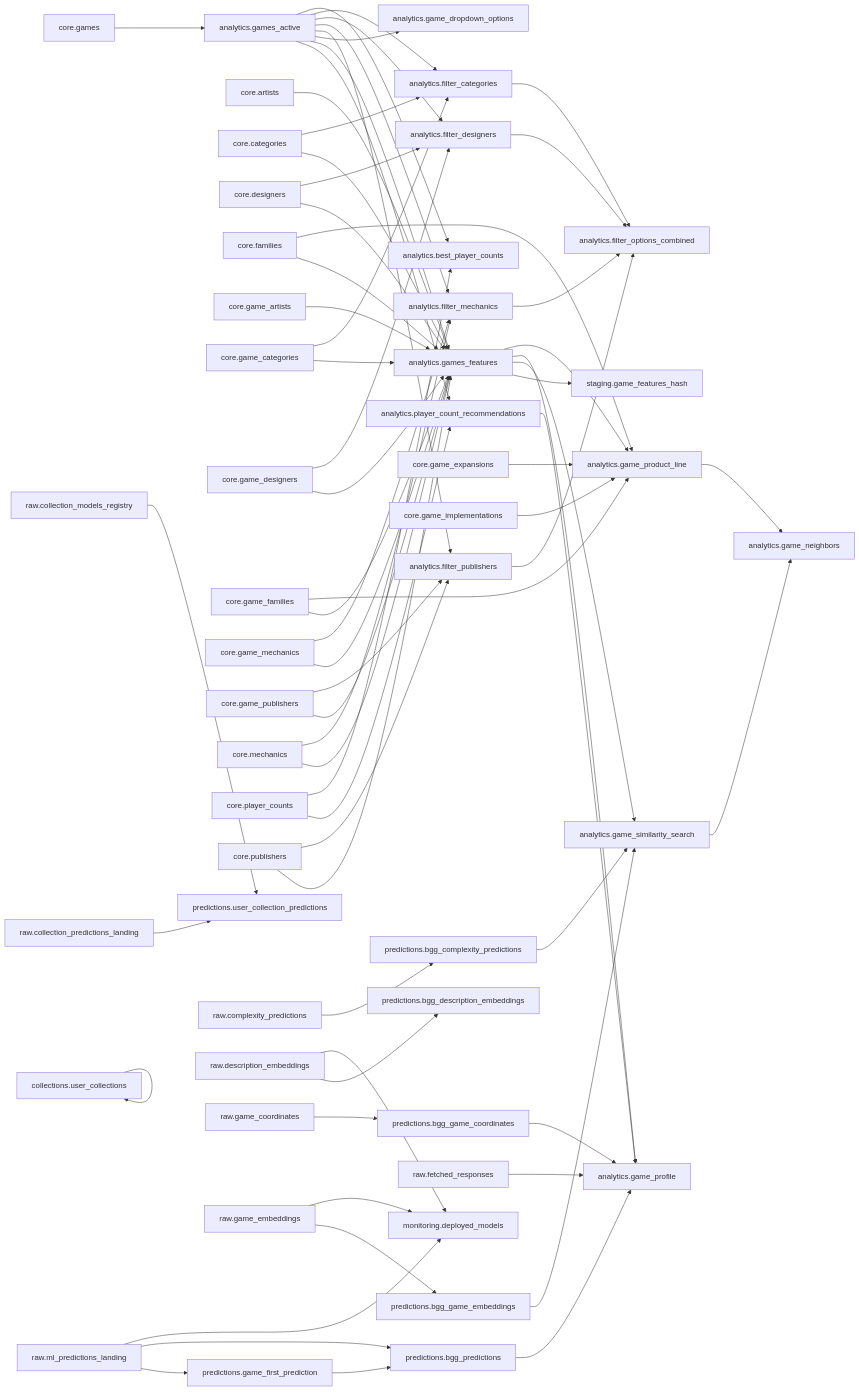
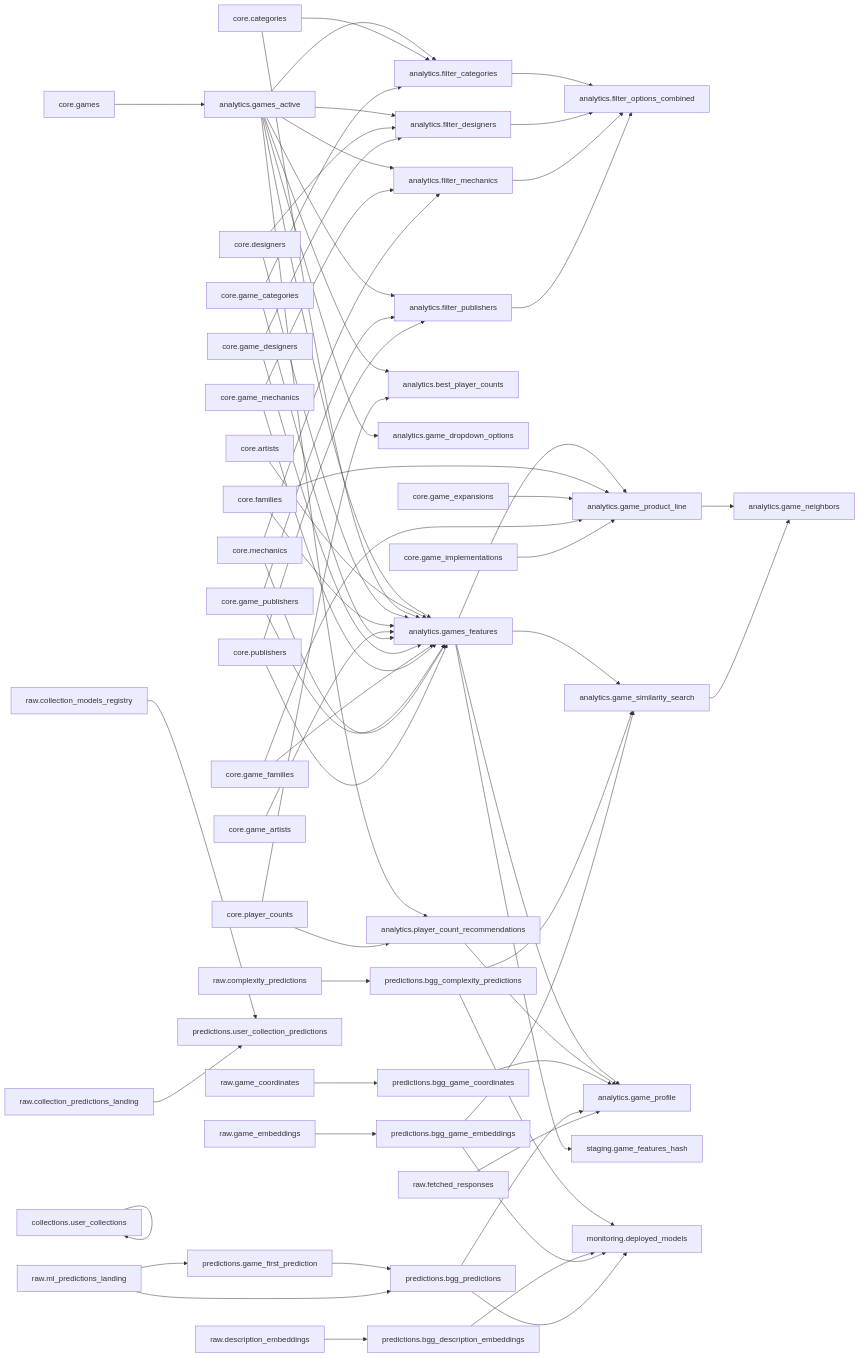
Before and after one commit to phenrickson/bgg-data-warehouse: the diagram in docs/lineage.md, drawn with Mermaid. The commit also changed 1 other file, not shown here.

Commit message:
Update Dataform lineage diagram [skip ci]

````diff
--- a/docs/lineage.md
+++ b/docs/lineage.md
@@ -3,67 +3,68 @@
 ```mermaid
 graph LR
     analytics__filter_categories["analytics.filter_categories"] --> analytics__filter_options_combined["analytics.filter_options_combined"]
     analytics__filter_designers["analytics.filter_designers"] --> analytics__filter_options_combined["analytics.filter_options_combined"]
     analytics__filter_mechanics["analytics.filter_mechanics"] --> analytics__filter_options_combined["analytics.filter_options_combined"]
     analytics__filter_publishers["analytics.filter_publishers"] --> analytics__filter_options_combined["analytics.filter_options_combined"]
     analytics__game_product_line["analytics.game_product_line"] --> analytics__game_neighbors["analytics.game_neighbors"]
     analytics__game_similarity_search["analytics.game_similarity_search"] --> analytics__game_neighbors["analytics.game_neighbors"]
     analytics__games_active["analytics.games_active"] --> analytics__best_player_counts["analytics.best_player_counts"]
     analytics__games_active["analytics.games_active"] --> analytics__filter_categories["analytics.filter_categories"]
     analytics__games_active["analytics.games_active"] --> analytics__filter_designers["analytics.filter_designers"]
     analytics__games_active["analytics.games_active"] --> analytics__filter_mechanics["analytics.filter_mechanics"]
     analytics__games_active["analytics.games_active"] --> analytics__filter_publishers["analytics.filter_publishers"]
     analytics__games_active["analytics.games_active"] --> analytics__game_dropdown_options["analytics.game_dropdown_options"]
     analytics__games_active["analytics.games_active"] --> analytics__games_features["analytics.games_features"]
     analytics__games_active["analytics.games_active"] --> analytics__player_count_recommendations["analytics.player_count_recommendations"]
     analytics__games_features["analytics.games_features"] --> analytics__game_product_line["analytics.game_product_line"]
     analytics__games_features["analytics.games_features"] --> analytics__game_profile["analytics.game_profile"]
     analytics__games_features["analytics.games_features"] --> analytics__game_similarity_search["analytics.game_similarity_search"]
     analytics__games_features["analytics.games_features"] --> staging__game_features_hash["staging.game_features_hash"]
     analytics__player_count_recommendations["analytics.player_count_recommendations"] --> analytics__game_profile["analytics.game_profile"]
     collections__user_collections["collections.user_collections"] --> collections__user_collections["collections.user_collections"]
     core__artists["core.artists"] --> analytics__games_features["analytics.games_features"]
     core__categories["core.categories"] --> analytics__filter_categories["analytics.filter_categories"]
     core__categories["core.categories"] --> analytics__games_features["analytics.games_features"]
     core__designers["core.designers"] --> analytics__filter_designers["analytics.filter_designers"]
     core__designers["core.designers"] --> analytics__games_features["analytics.games_features"]
     core__families["core.families"] --> analytics__game_product_line["analytics.game_product_line"]
     core__families["core.families"] --> analytics__games_features["analytics.games_features"]
     core__game_artists["core.game_artists"] --> analytics__games_features["analytics.games_features"]
     core__game_categories["core.game_categories"] --> analytics__filter_categories["analytics.filter_categories"]
     core__game_categories["core.game_categories"] --> analytics__games_features["analytics.games_features"]
     core__game_designers["core.game_designers"] --> analytics__filter_designers["analytics.filter_designers"]
     core__game_designers["core.game_designers"] --> analytics__games_features["analytics.games_features"]
     core__game_expansions["core.game_expansions"] --> analytics__game_product_line["analytics.game_product_line"]
     core__game_families["core.game_families"] --> analytics__game_product_line["analytics.game_product_line"]
     core__game_families["core.game_families"] --> analytics__games_features["analytics.games_features"]
     core__game_implementations["core.game_implementations"] --> analytics__game_product_line["analytics.game_product_line"]
     core__game_mechanics["core.game_mechanics"] --> analytics__filter_mechanics["analytics.filter_mechanics"]
     core__game_mechanics["core.game_mechanics"] --> analytics__games_features["analytics.games_features"]
     core__game_publishers["core.game_publishers"] --> analytics__filter_publishers["analytics.filter_publishers"]
     core__game_publishers["core.game_publishers"] --> analytics__games_features["analytics.games_features"]
     core__games["core.games"] --> analytics__games_active["analytics.games_active"]
     core__mechanics["core.mechanics"] --> analytics__filter_mechanics["analytics.filter_mechanics"]
     core__mechanics["core.mechanics"] --> analytics__games_features["analytics.games_features"]
     core__player_counts["core.player_counts"] --> analytics__best_player_counts["analytics.best_player_counts"]
     core__player_counts["core.player_counts"] --> analytics__player_count_recommendations["analytics.player_count_recommendations"]
     core__publishers["core.publishers"] --> analytics__filter_publishers["analytics.filter_publishers"]
     core__publishers["core.publishers"] --> analytics__games_features["analytics.games_features"]
     predictions__bgg_complexity_predictions["predictions.bgg_complexity_predictions"] --> analytics__game_similarity_search["analytics.game_similarity_search"]
+    predictions__bgg_complexity_predictions["predictions.bgg_complexity_predictions"] --> monitoring__deployed_models["monitoring.deployed_models"]
+    predictions__bgg_description_embeddings["predictions.bgg_description_embeddings"] --> monitoring__deployed_models["monitoring.deployed_models"]
     predictions__bgg_game_coordinates["predictions.bgg_game_coordinates"] --> analytics__game_profile["analytics.game_profile"]
     predictions__bgg_game_embeddings["predictions.bgg_game_embeddings"] --> analytics__game_similarity_search["analytics.game_similarity_search"]
+    predictions__bgg_game_embeddings["predictions.bgg_game_embeddings"] --> monitoring__deployed_models["monitoring.deployed_models"]
     predictions__bgg_predictions["predictions.bgg_predictions"] --> analytics__game_profile["analytics.game_profile"]
+    predictions__bgg_predictions["predictions.bgg_predictions"] --> monitoring__deployed_models["monitoring.deployed_models"]
     predictions__game_first_prediction["predictions.game_first_prediction"] --> predictions__bgg_predictions["predictions.bgg_predictions"]
     raw__collection_models_registry["raw.collection_models_registry"] --> predictions__user_collection_predictions["predictions.user_collection_predictions"]
     raw__collection_predictions_landing["raw.collection_predictions_landing"] --> predictions__user_collection_predictions["predictions.user_collection_predictions"]
     raw__complexity_predictions["raw.complexity_predictions"] --> predictions__bgg_complexity_predictions["predictions.bgg_complexity_predictions"]
-    raw__description_embeddings["raw.description_embeddings"] --> monitoring__deployed_models["monitoring.deployed_models"]
     raw__description_embeddings["raw.description_embeddings"] --> predictions__bgg_description_embeddings["predictions.bgg_description_embeddings"]
     raw__fetched_responses["raw.fetched_responses"] --> analytics__game_profile["analytics.game_profile"]
     raw__game_coordinates["raw.game_coordinates"] --> predictions__bgg_game_coordinates["predictions.bgg_game_coordinates"]
-    raw__game_embeddings["raw.game_embeddings"] --> monitoring__deployed_models["monitoring.deployed_models"]
     raw__game_embeddings["raw.game_embeddings"] --> predictions__bgg_game_embeddings["predictions.bgg_game_embeddings"]
-    raw__ml_predictions_landing["raw.ml_predictions_landing"] --> monitoring__deployed_models["monitoring.deployed_models"]
     raw__ml_predictions_landing["raw.ml_predictions_landing"] --> predictions__bgg_predictions["predictions.bgg_predictions"]
     raw__ml_predictions_landing["raw.ml_predictions_landing"] --> predictions__game_first_prediction["predictions.game_first_prediction"]
 ```
````
